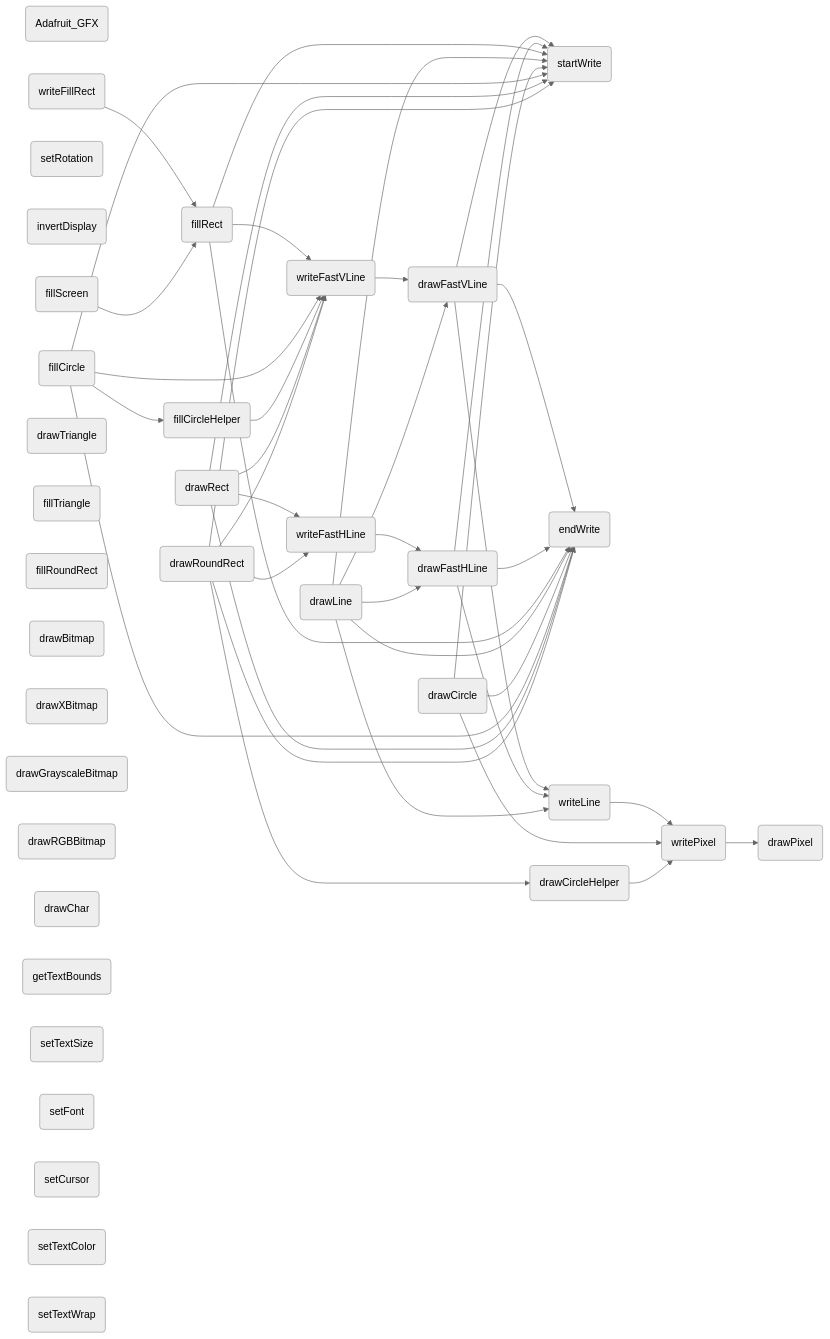
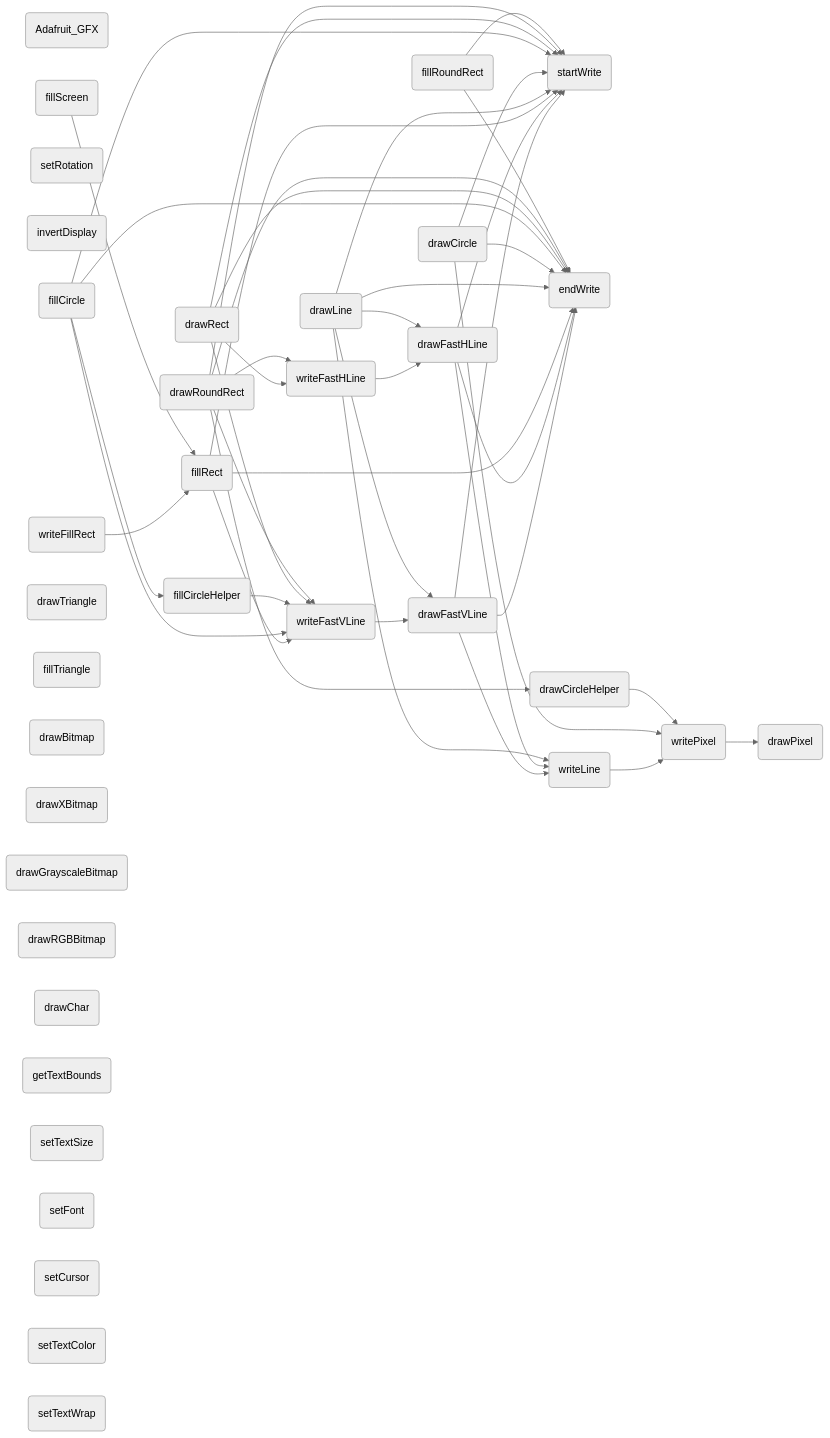
The diagram in all/未命名.md (icodezhanglei/iodraw-files), drawn with Mermaid (neutral theme) before and after one commit.

Commit message:
2024-09-13 18:35:17 update

````diff
--- a/all/未命名.md
+++ b/all/未命名.md
@@ -1,62 +1,62 @@
 ```mermaid
 flowchart LR
 Adafruit_GF(Adafruit_GFX)
 drawPixel(drawPixel)
 startWrite(startWrite)
 endWrite(endWrite)
 writePixel(writePixel)
 writeFillRect(writeFillRect)
 writeFastVLine(writeFastVLine)
 writeFastHLine(writeFastHLine)
 writeLine(writeLine)
 setRotation(setRotation)
 invertDisplay(invertDisplay)
 drawFastVLine(drawFastVLine)
 drawFastHLine(drawFastHLine)
 fillRect(fillRect)
 fillScreen(fillScreen)
 drawLine(drawLine)
 drawRect(drawRect)
 drawCircle(drawCircle)
 drawCircleHelper(drawCircleHelper)
 fillCircle(fillCircle)
 fillCircleHelper(fillCircleHelper)
 drawTriangle(drawTriangle)
 fillTriangle(fillTriangle)
 drawRoundRect(drawRoundRect)
 fillRoundRect(fillRoundRect)
 drawBitmap(drawBitmap)
 drawXBitmap(drawXBitmap)
 drawGrayscaleBitmap(drawGrayscaleBitmap)
 drawRGBBitmap(drawRGBBitmap)
 drawChar(drawChar)
 getTextBounds(getTextBounds)
 setTextSize(setTextSize)
 setFont(setFont)
 setCursor(setCursor)
 setTextColor(setTextColor)
 setTextWrap(setTextWrap)
 
 writeLine --> writePixel --> drawPixel
 
 writeFastVLine --> drawFastVLine --> startWrite & endWrite
 drawFastVLine --> writeLine
 
 writeFastHLine --> drawFastHLine --> startWrite & endWrite
 drawFastHLine --> writeLine
 
 writeFillRect --> fillRect --> writeFastVLine & startWrite & endWrite
 
 fillScreen --> fillRect
 drawLine --> drawFastVLine & drawFastHLine & startWrite & endWrite & writeLine
 drawCircle --> startWrite & endWrite & writePixel
 drawCircleHelper --> writePixel
 fillCircle --> startWrite & endWrite & writeFastVLine & fillCircleHelper
 fillCircleHelper --> writeFastVLine
 drawRect --> startWrite & endWrite & writeFastHLine & writeFastVLine
 drawRoundRect --> startWrite & endWrite & writeFastHLine & writeFastVLine & drawCircleHelper
-fillRoundRect
+fillRoundRect --> startWrite & endWrite
 
 
 
 ```
````
